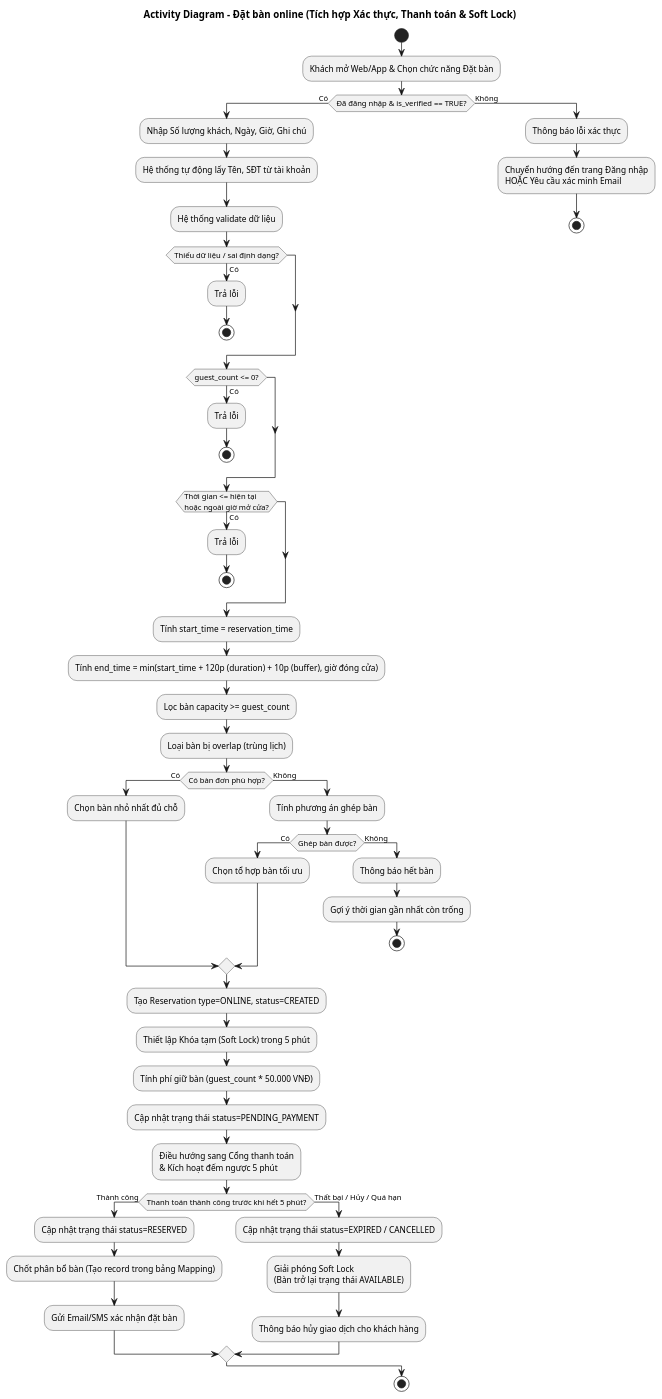
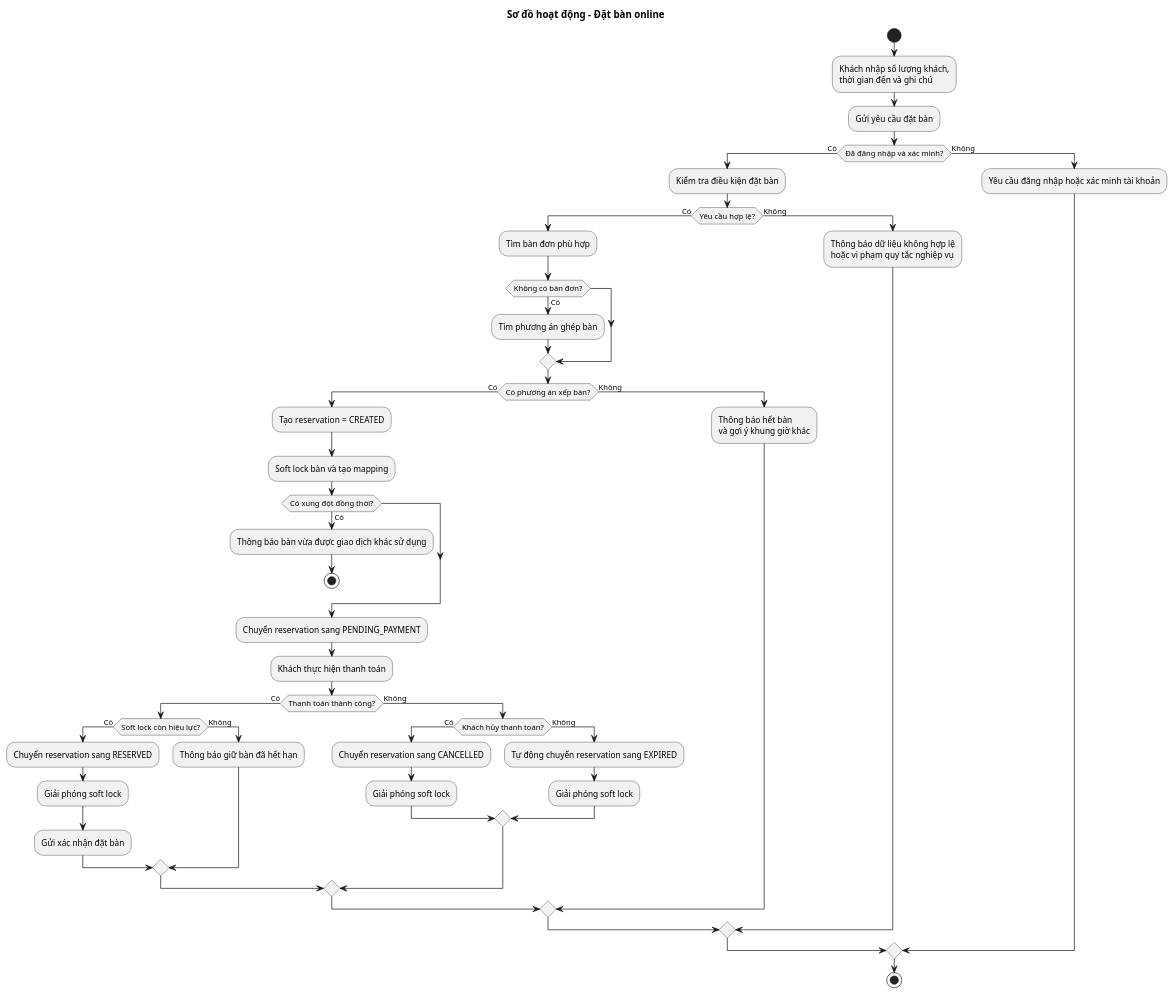
One commit to QuangLam0208/restaurant-reservation-system changed the diagram in docs/uml/activity-booking-online.puml. Above: the diagram before and after it, drawn with PlantUML. The commit also changed other lines of this file and 18 other files, not shown here.

Commit message:
update uml

```diff
--- a/docs/uml/activity-booking-online.puml
+++ b/docs/uml/activity-booking-online.puml
@@ -1,70 +1,56 @@
 @startuml
-title Activity Diagram - Đặt bàn online (Tích hợp Xác thực, Thanh toán & Soft Lock)
+title Sơ đồ hoạt động - Đặt bàn online
 skinparam conditionStyle inside
 
 start
-:Khách mở Web/App & Chọn chức năng Đặt bàn;
+:Khách nhập số lượng khách,\nthời gian đến và ghi chú;
+:Gửi yêu cầu đặt bàn;
 
-if (Đã đăng nhập & is_verified == TRUE?) then (Có)
-  :Nhập Số lượng khách, Ngày, Giờ, Ghi chú;
-  :Hệ thống tự động lấy Tên, SĐT từ tài khoản;
-  :Hệ thống validate dữ liệu;
+if (Đã đăng nhập và xác minh?) then (Có)
+  :Kiểm tra điều kiện đặt bàn;
+  if (Yêu cầu hợp lệ?) then (Có)
+    :Tìm bàn đơn phù hợp;
+    if (Không có bàn đơn?) then (Có)
+      :Tìm phương án ghép bàn;
+    endif
 
-  if (Thiếu dữ liệu / sai định dạng?) then (Có)
-    :Trả lỗi;
-    stop
+    if (Có phương án xếp bàn?) then (Có)
+      :Tạo reservation = CREATED;
+      :Soft lock bàn và tạo mapping;
+      if (Có xung đột đồng thời?) then (Có)
+        :Thông báo bàn vừa được giao dịch khác sử dụng;
+        stop
+      endif
+
+      :Chuyển reservation sang PENDING_PAYMENT;
+      :Khách thực hiện thanh toán;
+
+      if (Thanh toán thành công?) then (Có)
+        if (Soft lock còn hiệu lực?) then (Có)
+          :Chuyển reservation sang RESERVED;
+          :Giải phóng soft lock;
+          :Gửi xác nhận đặt bàn;
+        else (Không)
+          :Thông báo giữ bàn đã hết hạn;
+        endif
+      else (Không)
+        if (Khách hủy thanh toán?) then (Có)
+          :Chuyển reservation sang CANCELLED;
+          :Giải phóng soft lock;
+        else (Không)
+          :Tự động chuyển reservation sang EXPIRED;
+          :Giải phóng soft lock;
+        endif
+      endif
+    else (Không)
+      :Thông báo hết bàn\nvà gợi ý khung giờ khác;
+    endif
+  else (Không)
+    :Thông báo dữ liệu không hợp lệ\nhoặc vi phạm quy tắc nghiệp vụ;
   endif
-
-  if (guest_count <= 0?) then (Có)
-    :Trả lỗi;
-    stop
-  endif
-
-  if (Thời gian <= hiện tại\nhoặc ngoài giờ mở cửa?) then (Có)
-    :Trả lỗi;
-    stop
-  endif
-
-  :Tính start_time = reservation_time;
-  :Tính end_time = min(start_time + 120p (duration) + 10p (buffer), giờ đóng cửa);
-  :Lọc bàn capacity >= guest_count;
-  :Loại bàn bị overlap (trùng lịch);
-
-  if (Có bàn đơn phù hợp?) then (Có)
-    :Chọn bàn nhỏ nhất đủ chỗ;
-  else (Không)
-    :Tính phương án ghép bàn;
-    if (Ghép bàn được?) then (Có)
-      :Chọn tổ hợp bàn tối ưu;
-    else (Không)
-      :Thông báo hết bàn;
-      :Gợi ý thời gian gần nhất còn trống;
-      stop
-    endif
-  endif
-
-  ' --- BẮT ĐẦU LUỒNG SOFT LOCK VÀ THANH TOÁN ---
-  :Tạo Reservation type=ONLINE, status=CREATED;
-  :Thiết lập Khóa tạm (Soft Lock) trong 5 phút;
-  :Tính phí giữ bàn (guest_count * 50.000 VNĐ);
-  :Cập nhật trạng thái status=PENDING_PAYMENT;
-  :Điều hướng sang Cổng thanh toán\n& Kích hoạt đếm ngược 5 phút;
-
-  if (Thanh toán thành công trước khi hết 5 phút?) then (Thành công)
-    :Cập nhật trạng thái status=RESERVED;
-    :Chốt phân bổ bàn (Tạo record trong bảng Mapping);
-    :Gửi Email/SMS xác nhận đặt bàn;
-  else (Thất bại / Hủy / Quá hạn)
-    :Cập nhật trạng thái status=EXPIRED / CANCELLED;
-    :Giải phóng Soft Lock\n(Bàn trở lại trạng thái AVAILABLE);
-    :Thông báo hủy giao dịch cho khách hàng;
-  endif
-
 else (Không)
-  :Thông báo lỗi xác thực;
-  :Chuyển hướng đến trang Đăng nhập\nHOẶC Yêu cầu xác minh Email;
-  stop
+  :Yêu cầu đăng nhập hoặc xác minh tài khoản;
 endif
 
 stop
 @enduml
```
